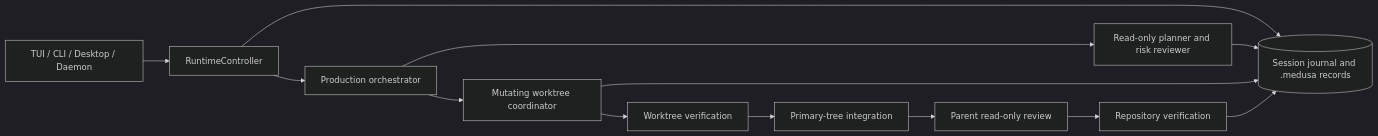
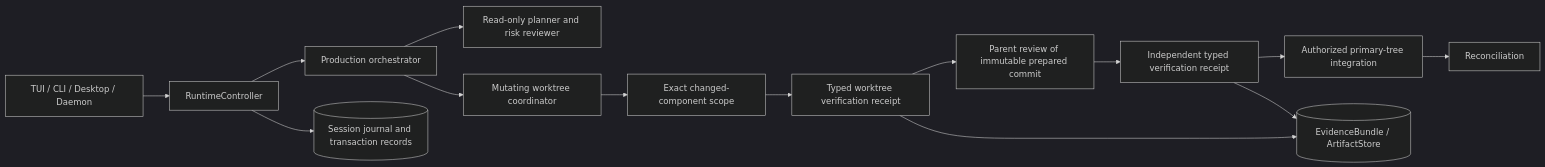
The first of 2 diagrams in docs/architecture/INDEX.md (benclawbot/Medusa), drawn with Mermaid (dark theme) before and after one commit. The commit also changed other lines of this file, not shown here.

Commit message:
Record evidence authority architecture: docs/architecture/INDEX.md

````diff
--- a/docs/architecture/INDEX.md
+++ b/docs/architecture/INDEX.md
@@ -20,15 +20,16 @@
 ```mermaid
 flowchart LR
   UI[TUI / CLI / Desktop / Daemon] --> R[RuntimeController]
   R --> P[Production orchestrator]
   P --> RO[Read-only planner and risk reviewer]
   P --> MW[Mutating worktree coordinator]
-  MW --> WV[Worktree verification]
-  WV --> I[Primary-tree integration]
-  I --> PR[Parent read-only review]
-  PR --> RV[Repository verification]
-  R --> J[(Session journal and .medusa records)]
-  RO --> J
-  MW --> J
-  RV --> J
+  MW --> WC[Exact changed-component scope]
+  WC --> WV[Typed worktree verification receipt]
+  WV --> PR[Parent review of immutable prepared commit]
+  PR --> IV[Independent typed verification receipt]
+  IV --> I[Authorized primary-tree integration]
+  I --> RC[Reconciliation]
+  WV --> E[(EvidenceBundle / ArtifactStore)]
+  IV --> E
+  R --> J[(Session journal and transaction records)]
 ```
````
